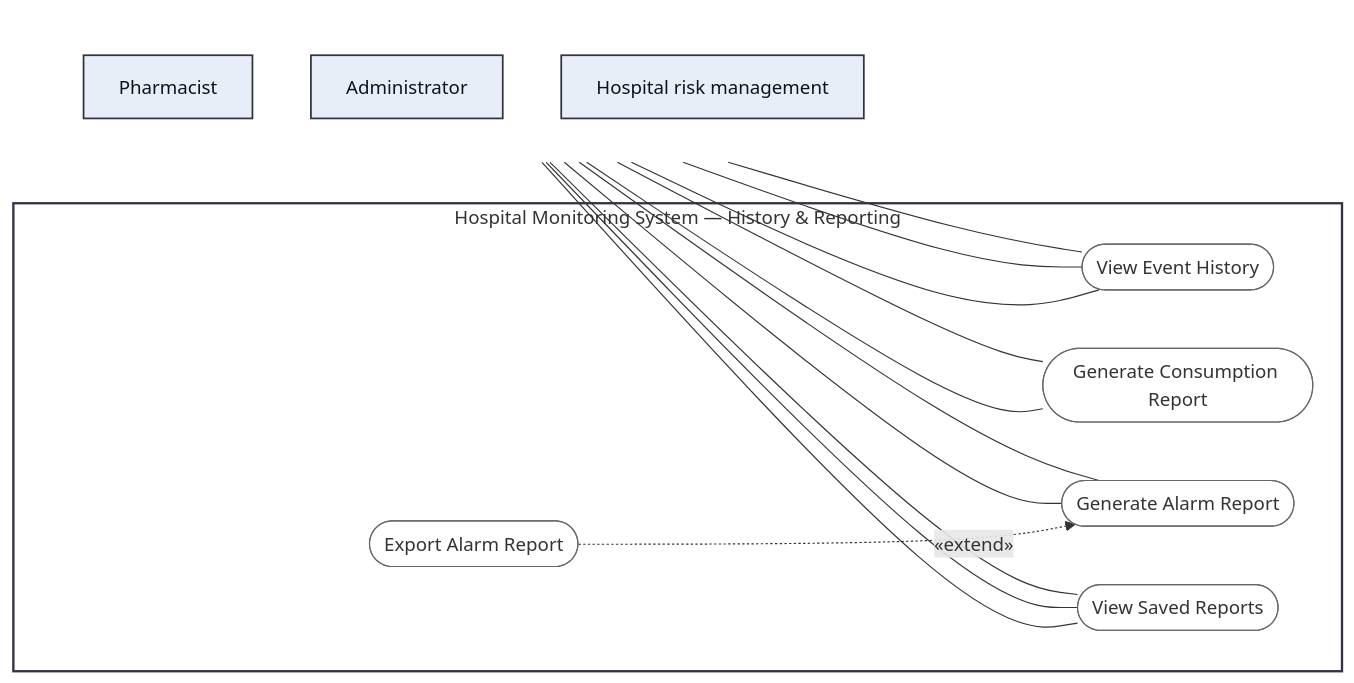
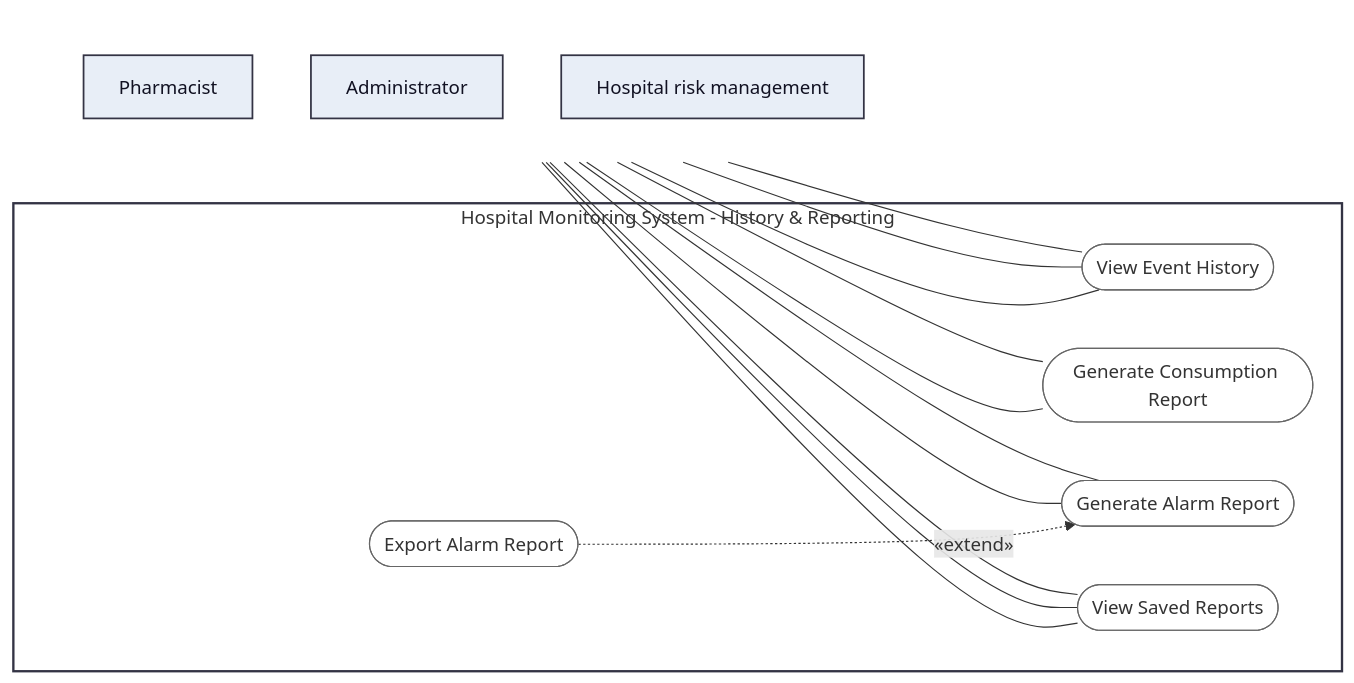
Before and after one commit to LukaMrt/3K04-project: the sixth of 7 diagrams in docs/part-b/diagrams/use-case-diagram.md, drawn with Mermaid. The commit also changed other lines of this file and 14 other files, not shown here.

````diff
--- a/docs/part-b/diagrams/use-case-diagram.md
+++ b/docs/part-b/diagrams/use-case-diagram.md
@@ -186,37 +186,37 @@
 ```mermaid
 flowchart LR
     subgraph Actors[" "]
         direction TB
         Pharmacist["Pharmacist"]
         Admin["Administrator"]
         RiskMgmt["Hospital risk management"]
     end
 
-    subgraph MS["Hospital Monitoring System — History & Reporting"]
+    subgraph MS["Hospital Monitoring System - History & Reporting"]
         ViewHistory(["View Event History"])
         GenConsumeReport(["Generate Consumption Report"])
         GenAlarmReport(["Generate Alarm Report"])
         ExportAlarmReport(["Export Alarm Report"])
         ViewSavedReports(["View Saved Reports"])
     end
 
     Pharmacist --- ViewHistory
     Pharmacist --- GenConsumeReport
     Pharmacist --- ViewSavedReports
     Admin --- ViewHistory
     Admin --- GenConsumeReport
     Admin --- GenAlarmReport
     Admin --- ViewSavedReports
     RiskMgmt --- ViewHistory
     RiskMgmt --- GenAlarmReport
     RiskMgmt --- ViewSavedReports
 
     ExportAlarmReport -. "«extend»" .-> GenAlarmReport
 
     classDef actor fill:#e8eef7,stroke:#334,stroke-width:1.5px,color:#112;
     classDef usecase fill:#fff,stroke:#666,stroke-width:1px;
     class Pharmacist,Admin,RiskMgmt actor;
     class ViewHistory,GenConsumeReport,GenAlarmReport,ExportAlarmReport,ViewSavedReports usecase;
     style Actors fill:none,stroke:none;
     style MS fill:none,stroke:#334,stroke-width:2px;
 ```
````
